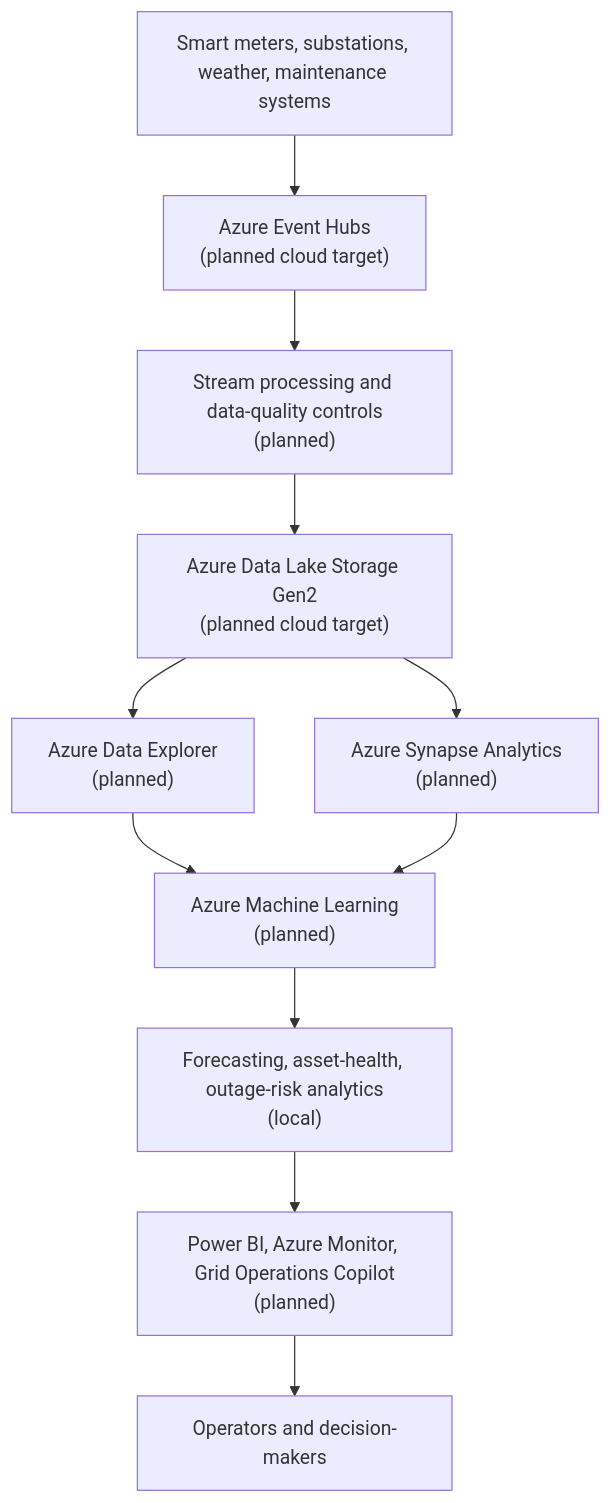
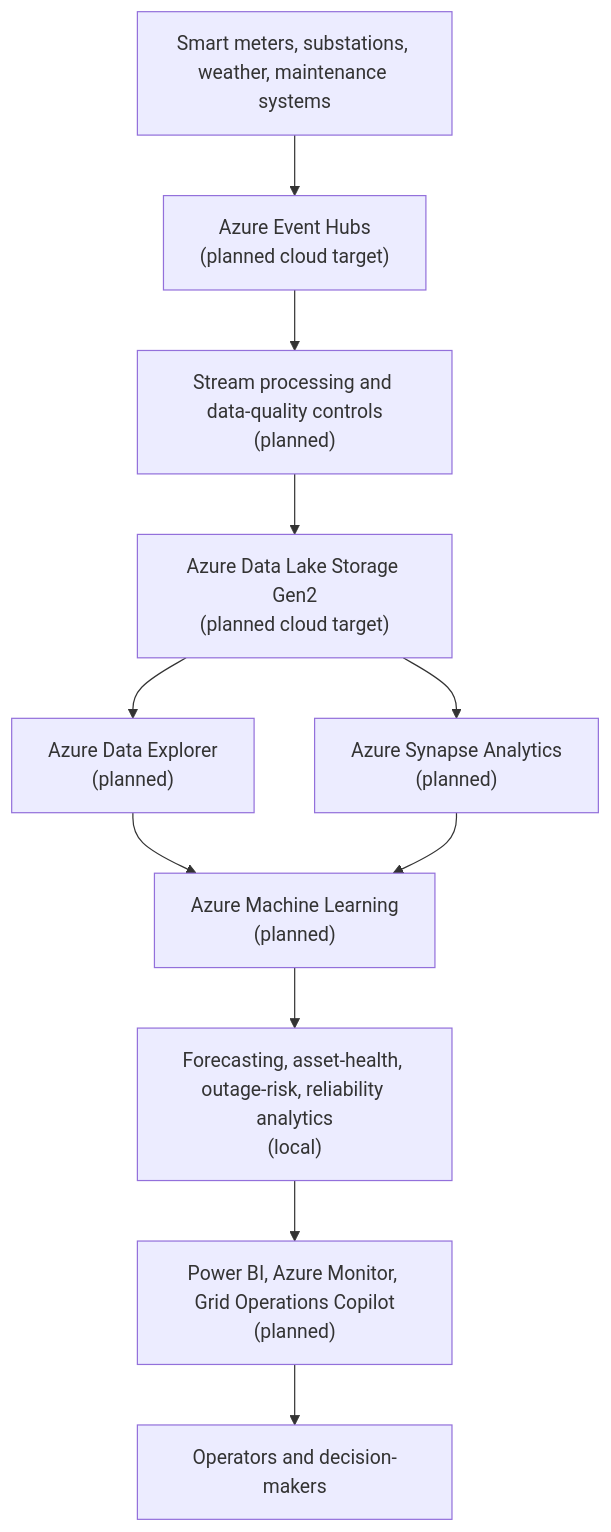
The diagram in diagrams/high-level-platform-architecture.mmd (Ibraheemolasupogit/azure-grid-reliability-intelligence-platform), drawn with Mermaid before and after one commit. The commit also changed 35 other files, not shown here.

Commit message:
Add grid reliability KPI analytics

```diff
--- a/diagrams/high-level-platform-architecture.mmd
+++ b/diagrams/high-level-platform-architecture.mmd
@@ -1,18 +1,18 @@
 flowchart TD
     sources["Smart meters, substations, weather, maintenance systems"]
     event_hubs["Azure Event Hubs<br/>(planned cloud target)"]
     stream["Stream processing and data-quality controls<br/>(planned)"]
     lake["Azure Data Lake Storage Gen2<br/>(planned cloud target)"]
     adx["Azure Data Explorer<br/>(planned)"]
     synapse["Azure Synapse Analytics<br/>(planned)"]
     aml["Azure Machine Learning<br/>(planned)"]
-    intelligence["Forecasting, asset-health, outage-risk analytics<br/>(local)"]
+    intelligence["Forecasting, asset-health, outage-risk, reliability analytics<br/>(local)"]
     operations["Power BI, Azure Monitor, Grid Operations Copilot<br/>(planned)"]
     users["Operators and decision-makers"]
 
     sources --> event_hubs --> stream --> lake
     lake --> adx
     lake --> synapse
     adx --> aml
     synapse --> aml
     aml --> intelligence --> operations --> users
```
